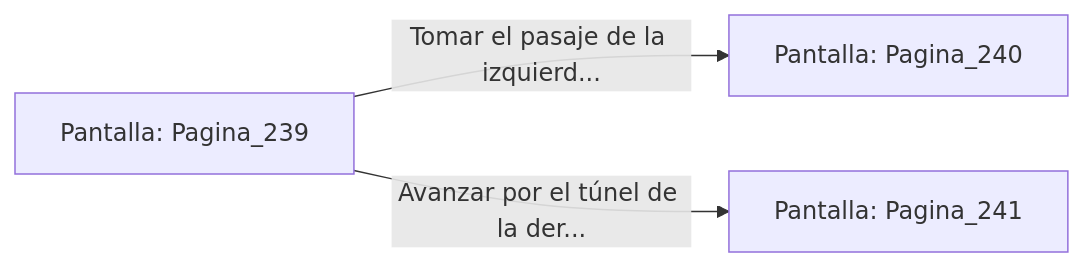
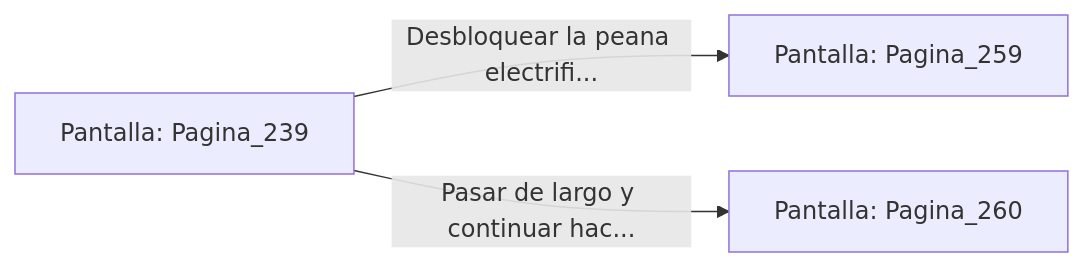
One commit to metsuke/mpl changed the diagram in sample/eligejuego-vault/Pantalla_Pagina_239.md. Above: the diagram before and after it, drawn with Mermaid. The commit also changed other lines of this file and 635 other files, not shown here.

First line of the commit message:
fix: añadir Pagina_1 como pantalla inicial en capitulo_01.mpl

````diff
--- a/sample/eligejuego-vault/Pantalla_Pagina_239.md
+++ b/sample/eligejuego-vault/Pantalla_Pagina_239.md
@@ -20,6 +24,6 @@
 ```mermaid
 graph LR
     P_Pagina_239["Pantalla: Pagina_239"]
-    P_Pagina_239 -->|"Tomar el pasaje de la izquierd..."| P_Pagina_240["Pantalla: Pagina_240"]
-    P_Pagina_239 -->|"Avanzar por el túnel de la der..."| P_Pagina_241["Pantalla: Pagina_241"]
+    P_Pagina_239 -->|"Desbloquear la peana electrifi..."| P_Pagina_259["Pantalla: Pagina_259"]
+    P_Pagina_239 -->|"Pasar de largo y continuar hac..."| P_Pagina_260["Pantalla: Pagina_260"]
 ```
````
